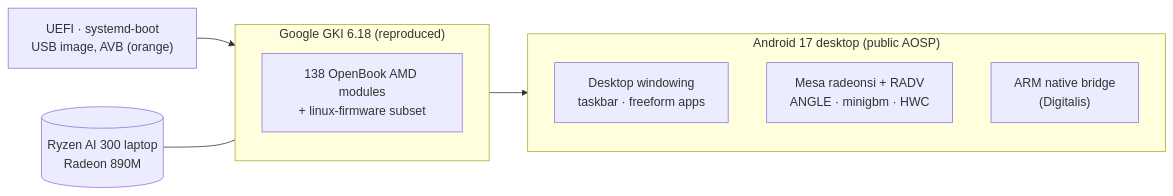
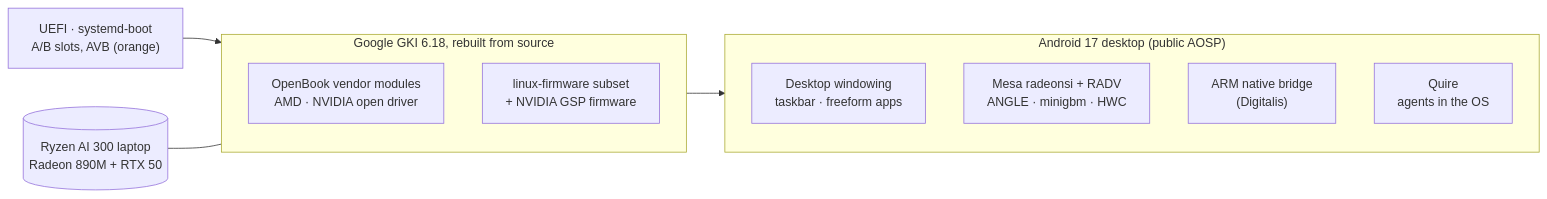
The diagram in README.md (Mhsbrian/OpenBook), drawn with Mermaid before and after one commit. The commit also changed other lines of this file and 5 other files, not shown here.

First line of the commit message:
README: what OpenBook does now, through NVIDIA's open driver (ANAL-319)

````diff
--- a/README.md
+++ b/README.md
@@ -152,14 +166,16 @@
 ```mermaid
 flowchart LR
-  boot["UEFI · systemd-boot<br/>USB image, AVB (orange)"] --> kernel
-  subgraph kernel["Google GKI 6.18 (reproduced)"]
-    kmod["138 OpenBook AMD modules<br/>+ linux-firmware subset"]
+  boot["UEFI · systemd-boot<br/>A/B slots, AVB (orange)"] --> kernel
+  subgraph kernel["Google GKI 6.18, rebuilt from source"]
+    kmod["OpenBook vendor modules<br/>AMD · NVIDIA open driver"]
+    fw["linux-firmware subset<br/>+ NVIDIA GSP firmware"]
   end
   kernel --> android
   subgraph android["Android 17 desktop (public AOSP)"]
     ui["Desktop windowing<br/>taskbar · freeform apps"]
     gfx["Mesa radeonsi + RADV<br/>ANGLE · minigbm · HWC"]
     nb["ARM native bridge<br/>(Digitalis)"]
+    q["Quire<br/>agents in the OS"]
   end
-  hw[("Ryzen AI 300 laptop<br/>Radeon 890M")] --- kernel
+  hw[("Ryzen AI 300 laptop<br/>Radeon 890M + RTX 50")] --- kernel
 ```
````
